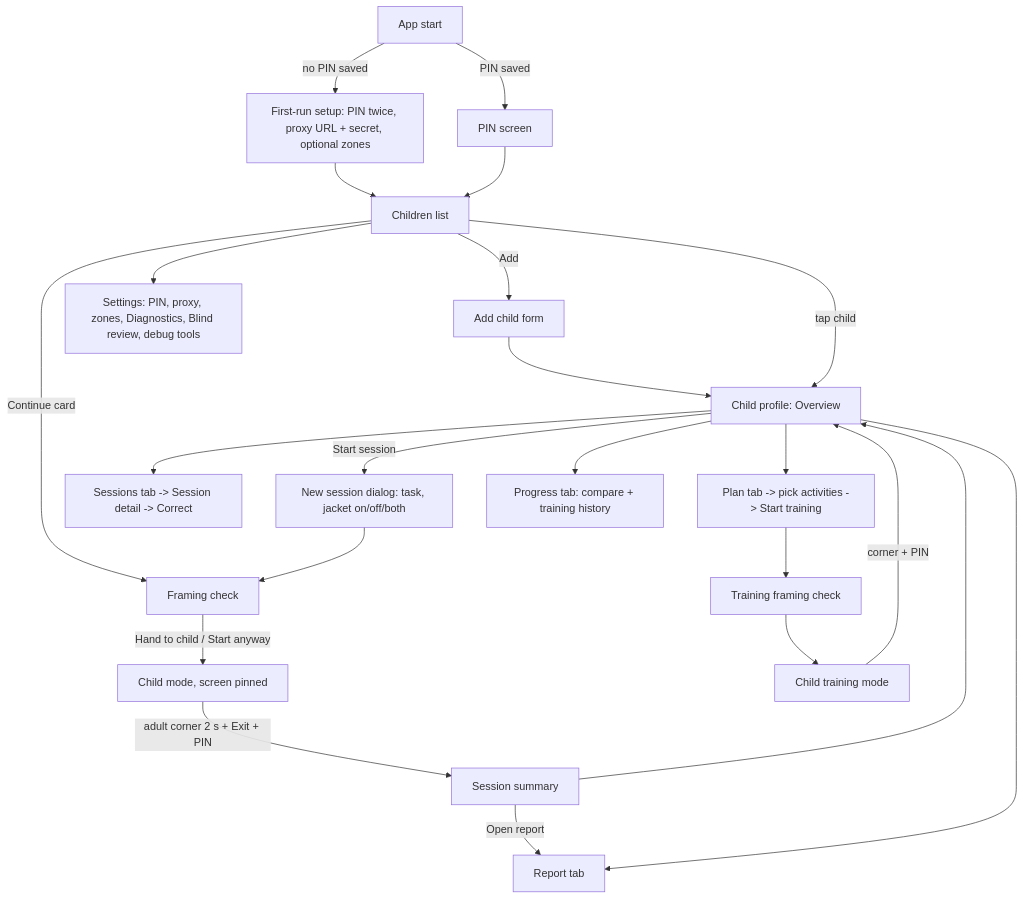
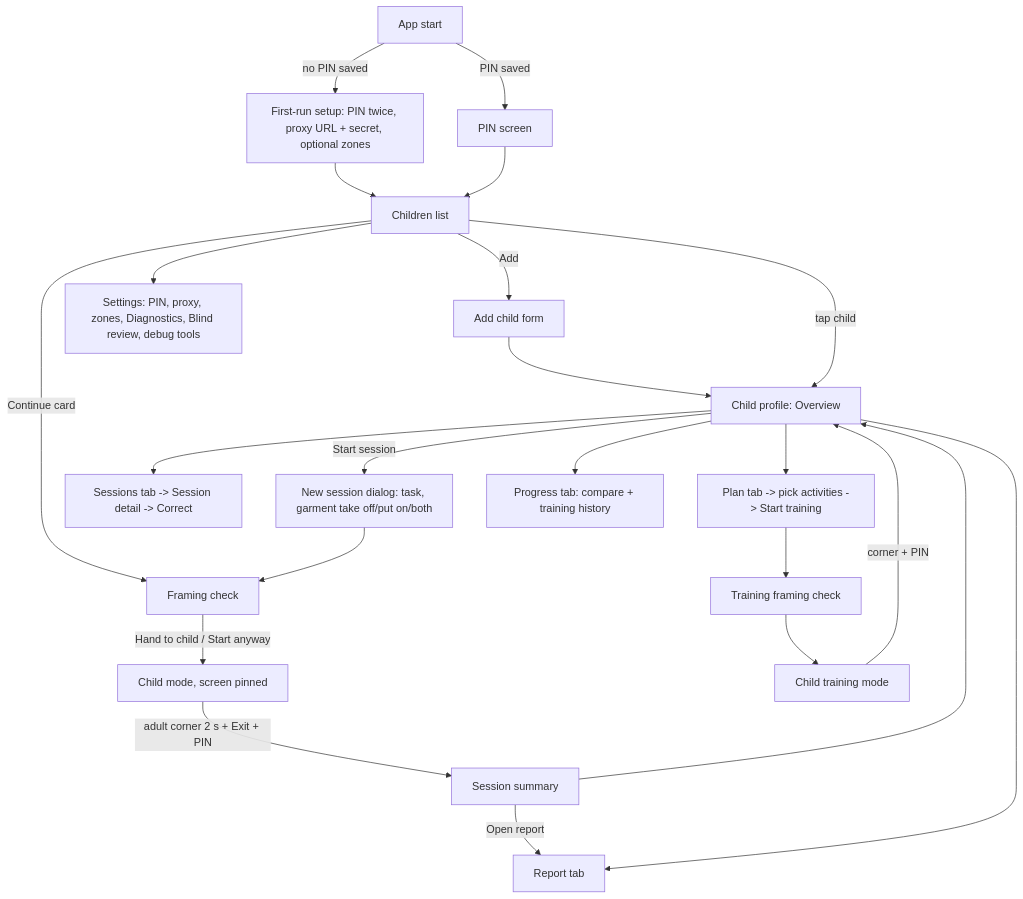
The diagram in docs/flows/therapist-flow.md (bosamraprivate-cloud/skill-motion), drawn with Mermaid before and after one commit. The commit also changed other lines of this file and 23 other files, not shown here.

Commit message:
feat: task posture, take-off before put-on, 5 take-off tasks (Story 6.1)

````diff
--- a/docs/flows/therapist-flow.md
+++ b/docs/flows/therapist-flow.md
@@ -9,23 +9,23 @@
 ```mermaid
 flowchart TD
     A[App start] -->|no PIN saved| B[First-run setup: PIN twice, proxy URL + secret, optional zones]
     A -->|PIN saved| C[PIN screen]
     B --> D[Children list]
     C --> D
     D -->|Add| E[Add child form]
     E --> F[Child profile: Overview]
     D -->|tap child| F
     D -->|Continue card| G
-    F -->|Start session| H[New session dialog: task, jacket on/off/both]
+    F -->|Start session| H[New session dialog: task, garment take off/put on/both]
     H --> G[Framing check]
     G -->|Hand to child / Start anyway| I[Child mode, screen pinned]
     I -->|adult corner 2 s + Exit + PIN| J[Session summary]
     J --> F
     J -->|Open report| K[Report tab]
     F --> L[Sessions tab -> Session detail -> Correct]
     F --> K
     F --> M[Plan tab -> pick activities -> Start training]
     M --> G2[Training framing check] --> I2[Child training mode] -->|corner + PIN| F
     F --> N[Progress tab: compare + training history]
     D --> S[Settings: PIN, proxy, zones, Diagnostics, Blind review, debug tools]
 ```
````
